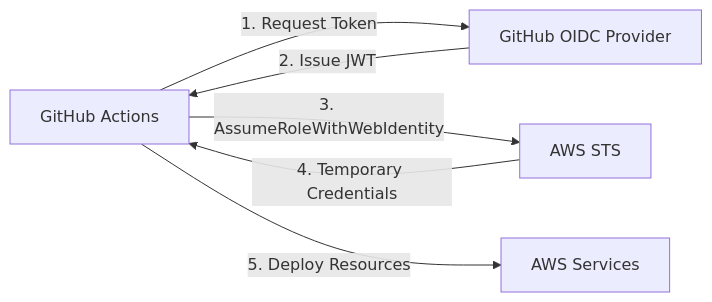
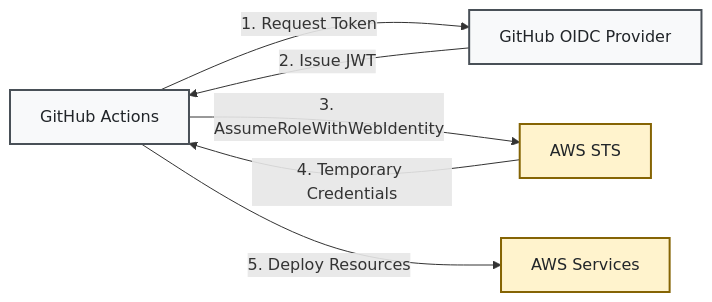
Before and after one commit to Celtikill/static-site: the diagram in docs/guides/security-guide.md, drawn with Mermaid. The commit also changed 32 other files, not shown here.

Commit message:
architecture docs update

````diff
--- a/docs/guides/security-guide.md
+++ b/docs/guides/security-guide.md
@@ -22,8 +22,20 @@
 ```mermaid
 graph LR
+    %% Accessibility
+    accTitle: OIDC Authentication Flow
+    accDescr: Shows secure authentication flow between GitHub Actions and AWS. GitHub Actions requests token from GitHub OIDC Provider, receives JWT, uses it to assume AWS role via STS, gets temporary credentials, then deploys to AWS services. No long-lived credentials stored.
+    
     A[GitHub Actions] -->|1. Request Token| B[GitHub OIDC Provider]
     B -->|2. Issue JWT| A
     A -->|3. AssumeRoleWithWebIdentity| C[AWS STS]
     C -->|4. Temporary Credentials| A
     A -->|5. Deploy Resources| D[AWS Services]
+    
+    %% High-Contrast Styling for Accessibility
+    classDef githubBox fill:#f8f9fa,stroke:#495057,stroke-width:2px,color:#212529
+    classDef awsBox fill:#fff3cd,stroke:#856404,stroke-width:2px,color:#212529
+    classDef secureBox fill:#d4edda,stroke:#155724,stroke-width:3px,color:#155724
+    
+    class A,B githubBox
+    class C,D awsBox
 ```
````
